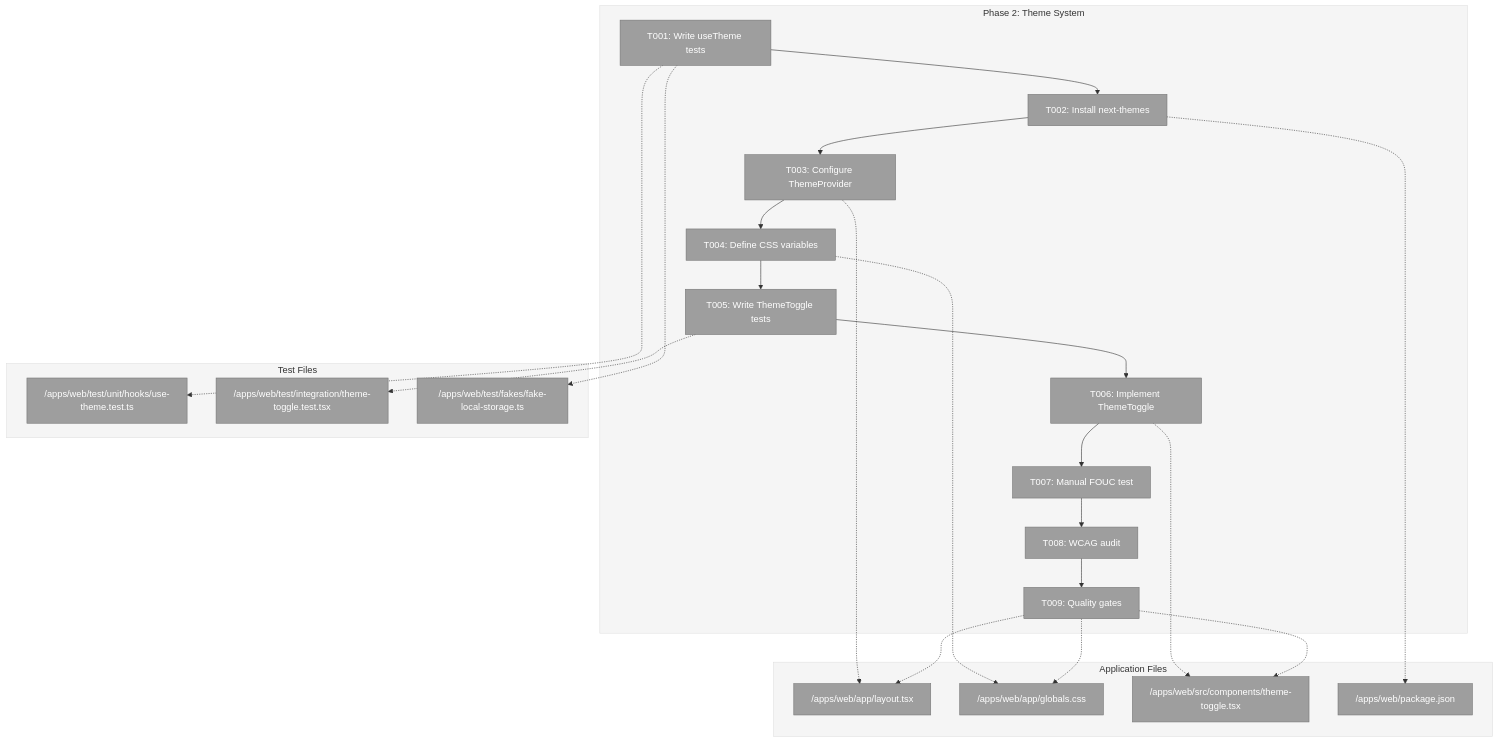
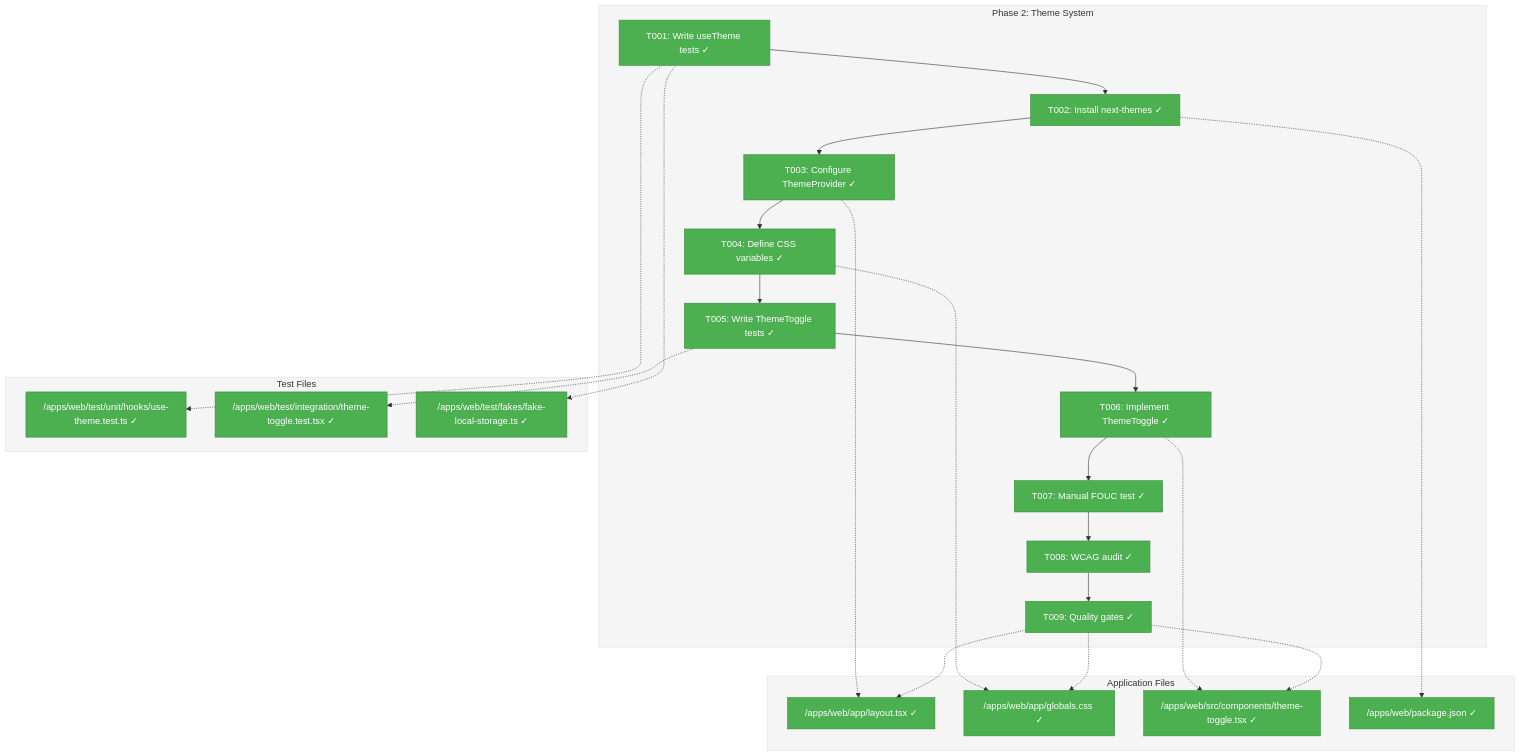
The first of 3 diagrams in docs/plans/005-web-slick/tasks/phase-2-theme-system/tasks.md (AI-Substrate/chainglass), drawn with Mermaid before and after one commit. The commit also changed other lines of this file and 17 other files, not shown here.

First line of the commit message:
feat(web): implement theme system with light/dark toggle

````diff
--- a/docs/plans/005-web-slick/tasks/phase-2-theme-system/tasks.md
+++ b/docs/plans/005-web-slick/tasks/phase-2-theme-system/tasks.md
@@ -69,56 +69,56 @@
 ```mermaid
 flowchart TD
     classDef pending fill:#9E9E9E,stroke:#757575,color:#fff
     classDef inprogress fill:#FF9800,stroke:#F57C00,color:#fff
     classDef completed fill:#4CAF50,stroke:#388E3C,color:#fff
     classDef blocked fill:#F44336,stroke:#D32F2F,color:#fff
 
     style Phase2 fill:#F5F5F5,stroke:#E0E0E0
     style Files fill:#F5F5F5,stroke:#E0E0E0
     style Tests fill:#F5F5F5,stroke:#E0E0E0
 
     subgraph Phase2["Phase 2: Theme System"]
-        T001["T001: Write useTheme tests"]:::pending
-        T002["T002: Install next-themes"]:::pending
-        T003["T003: Configure ThemeProvider"]:::pending
-        T004["T004: Define CSS variables"]:::pending
-        T005["T005: Write ThemeToggle tests"]:::pending
-        T006["T006: Implement ThemeToggle"]:::pending
-        T007["T007: Manual FOUC test"]:::pending
-        T008["T008: WCAG audit"]:::pending
-        T009["T009: Quality gates"]:::pending
+        T001["T001: Write useTheme tests ✓"]:::completed
+        T002["T002: Install next-themes ✓"]:::completed
+        T003["T003: Configure ThemeProvider ✓"]:::completed
+        T004["T004: Define CSS variables ✓"]:::completed
+        T005["T005: Write ThemeToggle tests ✓"]:::completed
+        T006["T006: Implement ThemeToggle ✓"]:::completed
+        T007["T007: Manual FOUC test ✓"]:::completed
+        T008["T008: WCAG audit ✓"]:::completed
+        T009["T009: Quality gates ✓"]:::completed
 
         T001 --> T002
         T002 --> T003
         T003 --> T004
         T004 --> T005
         T005 --> T006
         T006 --> T007
         T007 --> T008
         T008 --> T009
     end
 
     subgraph Files["Application Files"]
-        F1["/apps/web/app/layout.tsx"]:::pending
-        F2["/apps/web/app/globals.css"]:::pending
-        F3["/apps/web/src/components/theme-toggle.tsx"]:::pending
-        F4["/apps/web/package.json"]:::pending
+        F1["/apps/web/app/layout.tsx ✓"]:::completed
+        F2["/apps/web/app/globals.css ✓"]:::completed
+        F3["/apps/web/src/components/theme-toggle.tsx ✓"]:::completed
+        F4["/apps/web/package.json ✓"]:::completed
     end
 
     subgraph Tests["Test Files"]
-        F5["/apps/web/test/unit/hooks/use-theme.test.ts"]:::pending
-        F6["/apps/web/test/integration/theme-toggle.test.tsx"]:::pending
-        F7["/apps/web/test/fakes/fake-local-storage.ts"]:::pending
+        F5["/apps/web/test/unit/hooks/use-theme.test.ts ✓"]:::completed
+        F6["/apps/web/test/integration/theme-toggle.test.tsx ✓"]:::completed
+        F7["/apps/web/test/fakes/fake-local-storage.ts ✓"]:::completed
     end
 
     T001 -.-> F5
     T001 -.-> F7
     T002 -.-> F4
     T003 -.-> F1
     T004 -.-> F2
     T005 -.-> F6
     T006 -.-> F3
     T009 -.-> F1
     T009 -.-> F2
     T009 -.-> F3
 ```
````
